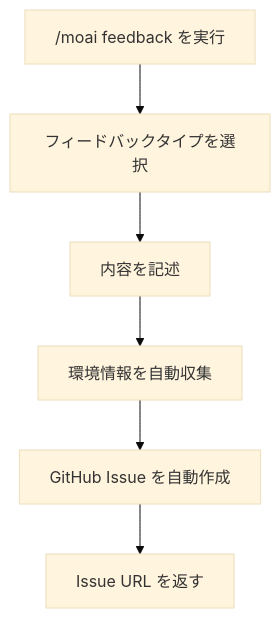
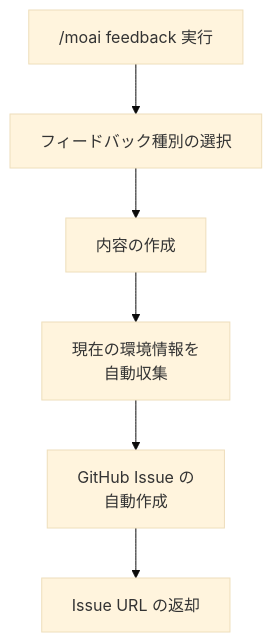
Before and after one commit to modu-ai/moai-adk: the first of 2 diagrams in docs-site/content/ja/utility-commands/moai-feedback.md, drawn with Mermaid (base theme). The commit also changed other lines of this file and 395 other files, not shown here.

````diff
--- a/docs-site/content/ja/utility-commands/moai-feedback.md
+++ b/docs-site/content/ja/utility-commands/moai-feedback.md
@@ -59,8 +51,8 @@
 ```mermaid
 flowchart TD
-    A["/moai feedback を実行"] --> B["フィードバックタイプを選択"]
-    B --> C["内容を記述"]
-    C --> D["環境情報を自動収集"]
-    D --> E["GitHub Issue を自動作成"]
-    E --> F["Issue URL を返す"]
+    A["/moai feedback 実行"] --> B["フィードバック種別の選択"]
+    B --> C["内容の作成"]
+    C --> D["現在の環境情報を<br/>自動収集"]
+    D --> E["GitHub Issue の<br/>自動作成"]
+    E --> F["Issue URL の返却"]
 ```
````
